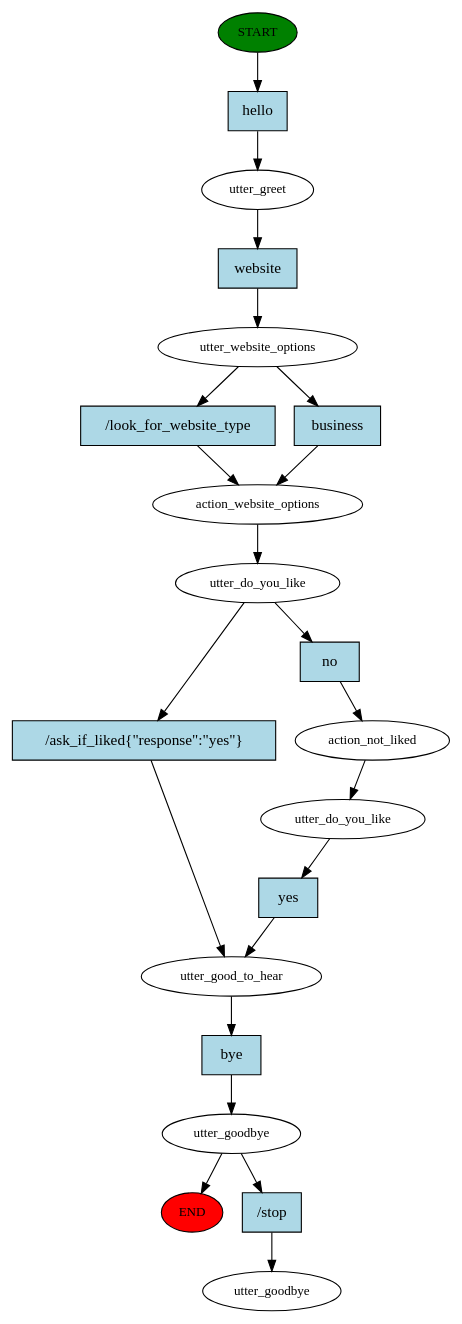
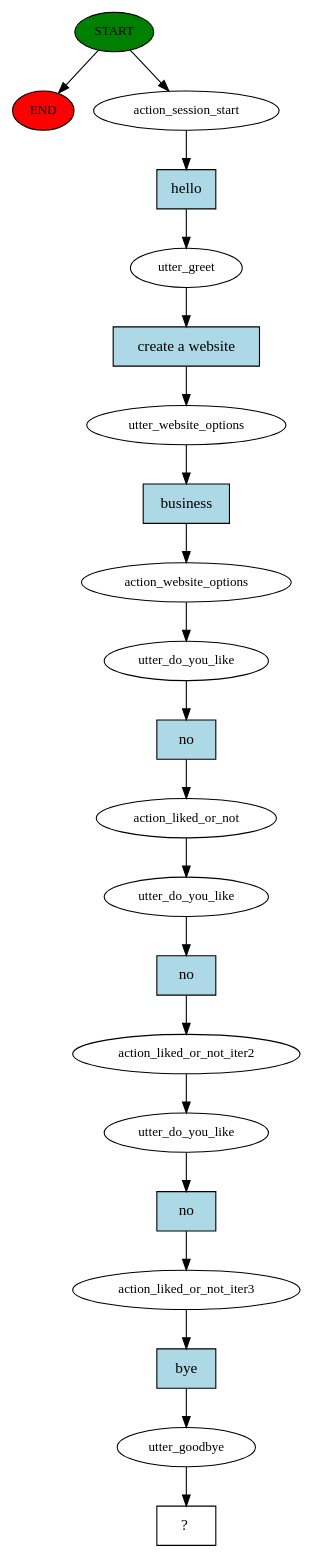
The diagram in story_graph.dot (swetabhmukherjee/gideon-rasa-bot), drawn with Graphviz before and after one commit. The commit also changed 10 other files, not shown here.

```diff
--- a/story_graph.dot
+++ b/story_graph.dot
@@ -1,43 +1,43 @@
 digraph  {
 0 [class="start active", fillcolor=green, fontsize=12, label=START, style=filled];
 "-1" [class=end, fillcolor=red, fontsize=12, label=END, style=filled];
-1 [class=active, fontsize=12, label=utter_greet];
-2 [class=active, fontsize=12, label=utter_website_options];
-3 [class=active, fontsize=12, label=action_website_options];
-4 [class=active, fontsize=12, label=utter_do_you_like];
-5 [class=active, fontsize=12, label=utter_good_to_hear];
-6 [class=active, fontsize=12, label=utter_goodbye];
-11 [class=active, fontsize=12, label=action_not_liked];
-12 [class=active, fontsize=12, label=utter_do_you_like];
-29 [class="dashed active", fontsize=12, label=utter_goodbye];
-30 [class="intent active", fillcolor=lightblue, label=hello, shape=rect, style=filled];
-31 [class="intent active", fillcolor=lightblue, label=website, shape=rect, style=filled];
-32 [class=intent, fillcolor=lightblue, label="/look_for_website_type", shape=rect, style=filled];
-33 [class="intent active", fillcolor=lightblue, label=business, shape=rect, style=filled];
-34 [class=intent, fillcolor=lightblue, label="/ask_if_liked{\"response\":\"yes\"}", shape=rect, style=filled];
-35 [class="intent active", fillcolor=lightblue, label=no, shape=rect, style=filled];
-36 [class="intent active", fillcolor=lightblue, label=bye, shape=rect, style=filled];
-37 [class="intent active", fillcolor=lightblue, label="/stop", shape=rect, style=filled];
-38 [class="intent active", fillcolor=lightblue, label=yes, shape=rect, style=filled];
-0 -> 30  [class=active, key=0];
-1 -> 31  [class=active, key=0];
-2 -> 32  [class="", key=0];
-2 -> 33  [class=active, key=0];
-3 -> 4  [class=active, key=NONE, label=""];
-4 -> 34  [class="", key=0];
-4 -> 35  [class=active, key=0];
-5 -> 36  [class=active, key=0];
-6 -> "-1"  [class="", key=NONE, label=""];
-6 -> 37  [class=active, key=0];
+1 [class=active, fontsize=12, label=action_session_start];
+2 [class=active, fontsize=12, label=utter_greet];
+3 [class=active, fontsize=12, label=utter_website_options];
+4 [class=active, fontsize=12, label=action_website_options];
+5 [class=active, fontsize=12, label=utter_do_you_like];
+6 [class=active, fontsize=12, label=action_liked_or_not];
+7 [class=active, fontsize=12, label=utter_do_you_like];
+8 [class=active, fontsize=12, label=action_liked_or_not_iter2];
+9 [class=active, fontsize=12, label=utter_do_you_like];
+10 [class=active, fontsize=12, label=action_liked_or_not_iter3];
+11 [class=active, fontsize=12, label=utter_goodbye];
+12 [class="intent dashed active", label="  ?  ", shape=rect];
+13 [class="intent active", fillcolor=lightblue, label=hello, shape=rect, style=filled];
+14 [class="intent active", fillcolor=lightblue, label="create a website", shape=rect, style=filled];
+15 [class="intent active", fillcolor=lightblue, label=business, shape=rect, style=filled];
+16 [class="intent active", fillcolor=lightblue, label=no, shape=rect, style=filled];
+17 [class="intent active", fillcolor=lightblue, label=no, shape=rect, style=filled];
+18 [class="intent active", fillcolor=lightblue, label=no, shape=rect, style=filled];
+19 [class="intent active", fillcolor=lightblue, label=bye, shape=rect, style=filled];
+0 -> "-1"  [class="", key=NONE, label=""];
+0 -> 1  [class=active, key=NONE, label=""];
+1 -> 13  [class=active, key=0];
+2 -> 14  [class=active, key=0];
+3 -> 15  [class=active, key=0];
+4 -> 5  [class=active, key=NONE, label=""];
+5 -> 16  [class=active, key=0];
+6 -> 7  [class=active, key=NONE, label=""];
+7 -> 17  [class=active, key=0];
+8 -> 9  [class=active, key=NONE, label=""];
+9 -> 18  [class=active, key=0];
+10 -> 19  [class=active, key=0];
 11 -> 12  [class=active, key=NONE, label=""];
-12 -> 38  [class=active, key=0];
-30 -> 1  [class=active, key=0];
-31 -> 2  [class=active, key=0];
-32 -> 3  [class="", key=0];
-33 -> 3  [class=active, key=0];
-34 -> 5  [class="", key=0];
-35 -> 11  [class=active, key=0];
-36 -> 6  [class=active, key=0];
-37 -> 29  [class=active, key=0];
-38 -> 5  [class=active, key=0];
+13 -> 2  [class=active, key=0];
+14 -> 3  [class=active, key=0];
+15 -> 4  [class=active, key=0];
+16 -> 6  [class=active, key=0];
+17 -> 8  [class=active, key=0];
+18 -> 10  [class=active, key=0];
+19 -> 11  [class=active, key=0];
 }
```
